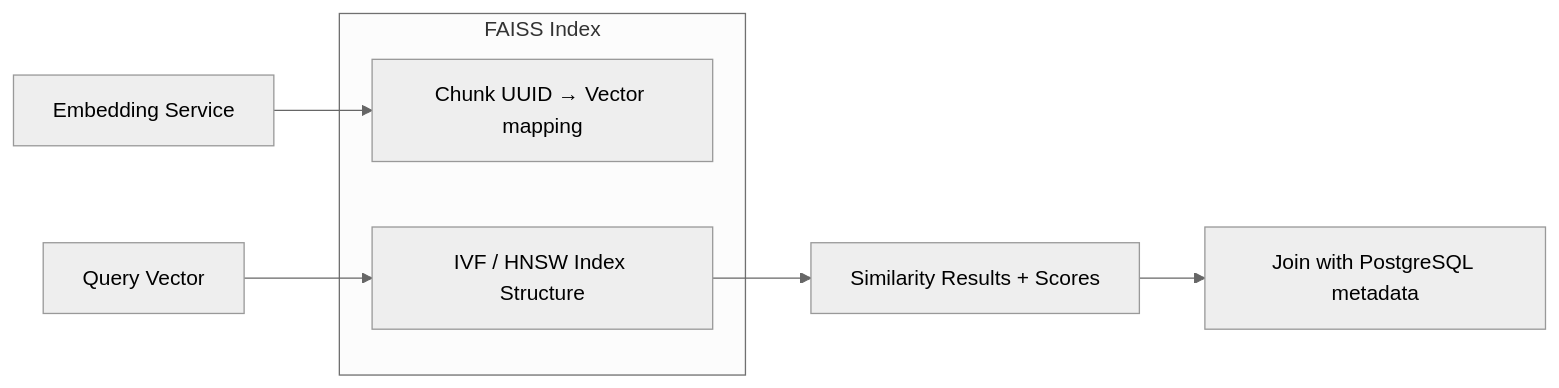
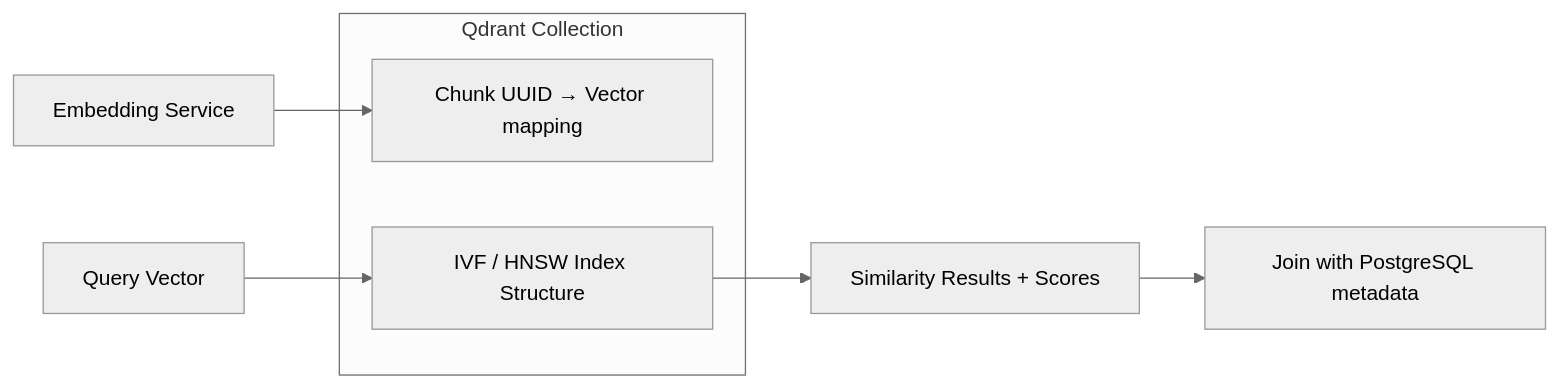
One commit to pratapVansh/TRACE changed the sixth of 11 diagrams in docs/08_AI_ARCHITECTURE.md. Above: the diagram before and after it, drawn with Mermaid (neutral theme). The commit also changed other lines of this file and 60 other files, not shown here.

````diff
--- a/docs/08_AI_ARCHITECTURE.md
+++ b/docs/08_AI_ARCHITECTURE.md
@@ -248,11 +255,11 @@
 ```mermaid
 flowchart LR
-    subgraph Index["FAISS Index"]
+    subgraph Index["Qdrant Collection"]
         ID["Chunk UUID → Vector mapping"]
         IDX["IVF / HNSW Index Structure"]
     end
     EMB["Embedding Service"] --> ID
     Q["Query Vector"] --> IDX
     IDX --> RES["Similarity Results + Scores"]
     RES --> META["Join with PostgreSQL metadata"]
 ```
````
